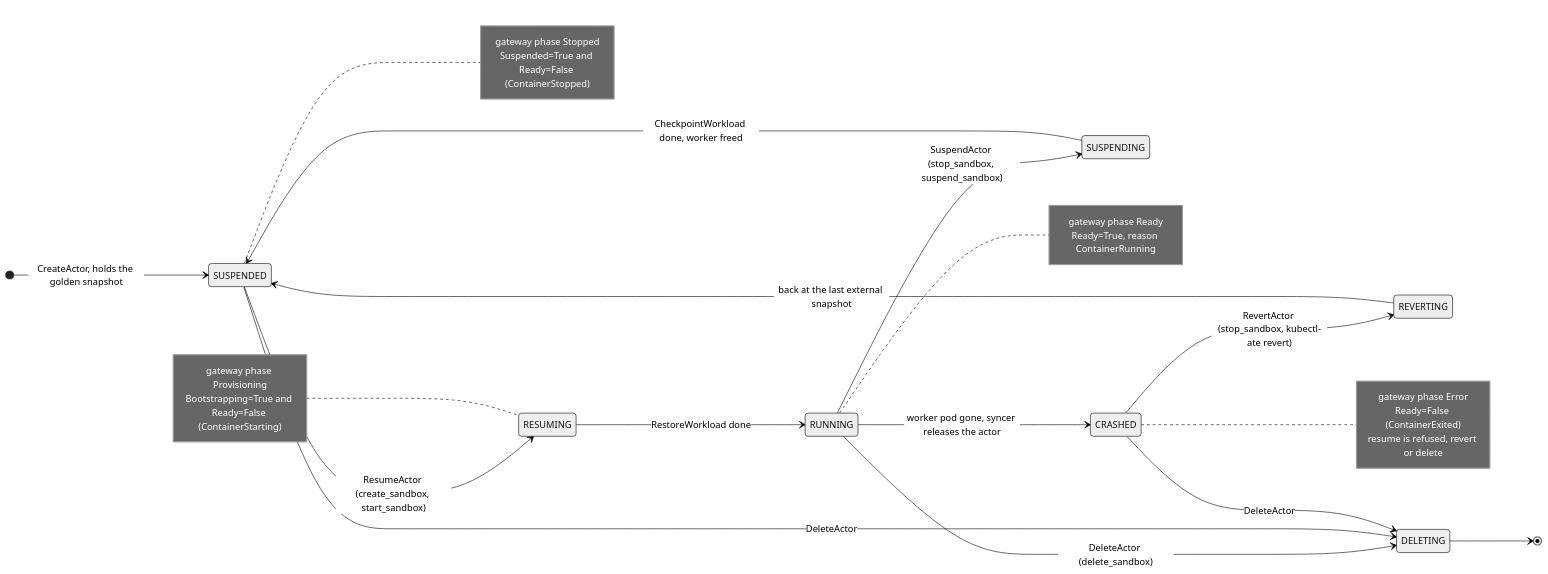
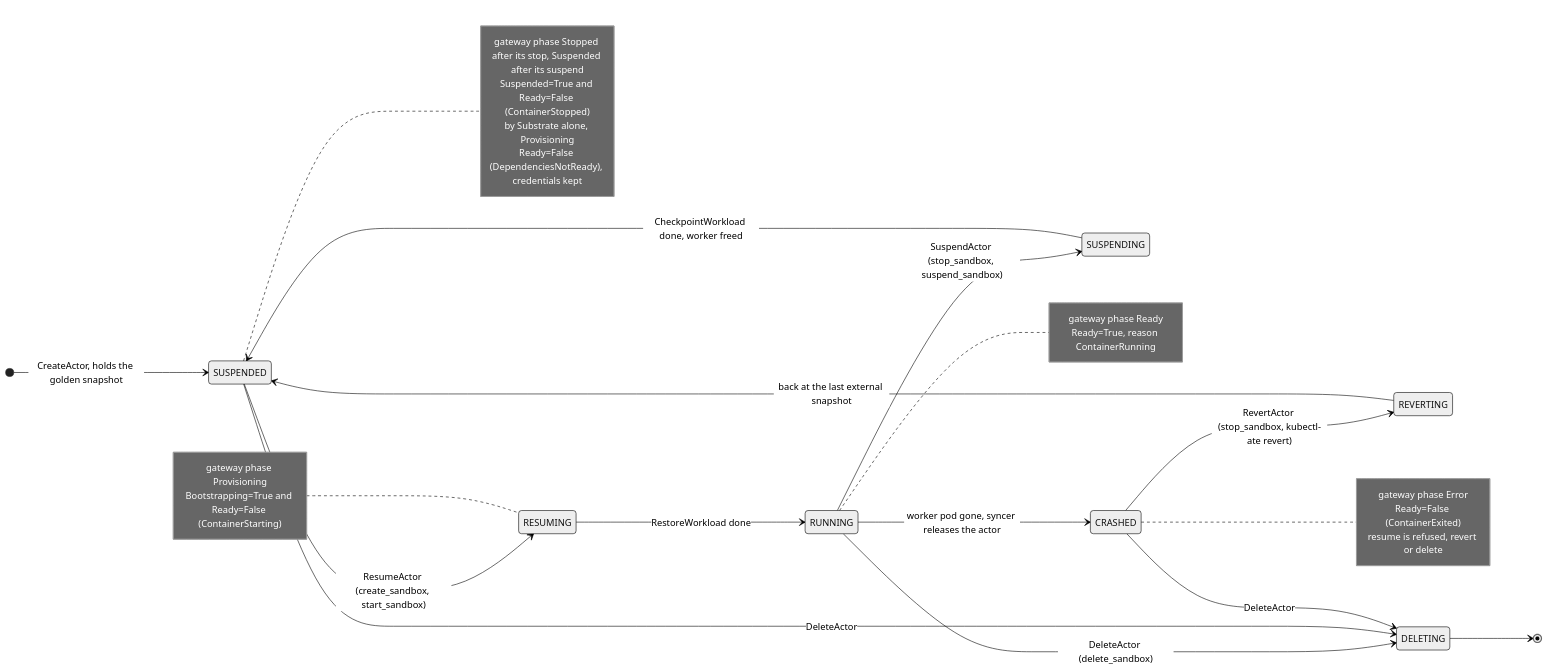
Before and after one commit to dims/openshell-driver-substrate: the third of 8 diagrams in docs/architecture.md, drawn with Mermaid (neutral theme). The commit also changed other lines of this file and 1 other file, not shown here.

First line of the commit message:
docs: fix the diagrams

````diff
--- a/docs/architecture.md
+++ b/docs/architecture.md
@@ -329,34 +330,36 @@
 ```mermaid
 stateDiagram-v2
   direction LR
   [*] --> SUSPENDED: CreateActor, holds the golden snapshot
   SUSPENDED --> RESUMING: ResumeActor (create_sandbox, start_sandbox)
   RESUMING --> RUNNING: RestoreWorkload done
   RUNNING --> SUSPENDING: SuspendActor (stop_sandbox, suspend_sandbox)
   SUSPENDING --> SUSPENDED: CheckpointWorkload done, worker freed
   RUNNING --> CRASHED: worker pod gone, syncer releases the actor
   CRASHED --> REVERTING: RevertActor (stop_sandbox, kubectl-ate revert)
   REVERTING --> SUSPENDED: back at the last external snapshot
   RUNNING --> DELETING: DeleteActor (delete_sandbox)
   SUSPENDED --> DELETING: DeleteActor
   CRASHED --> DELETING: DeleteActor
   DELETING --> [*]
 
   note right of RUNNING
     gateway phase Ready
     Ready=True, reason ContainerRunning
   end note
   note right of SUSPENDED
-    gateway phase Stopped
+    gateway phase Stopped after its stop, Suspended after its suspend
     Suspended=True and Ready=False (ContainerStopped)
+    by Substrate alone, Provisioning
+    Ready=False (DependenciesNotReady), credentials kept
   end note
   note left of RESUMING
     gateway phase Provisioning
     Bootstrapping=True and Ready=False (ContainerStarting)
   end note
   note right of CRASHED
     gateway phase Error
     Ready=False (ContainerExited)
     resume is refused, revert or delete
   end note
 ```
````
